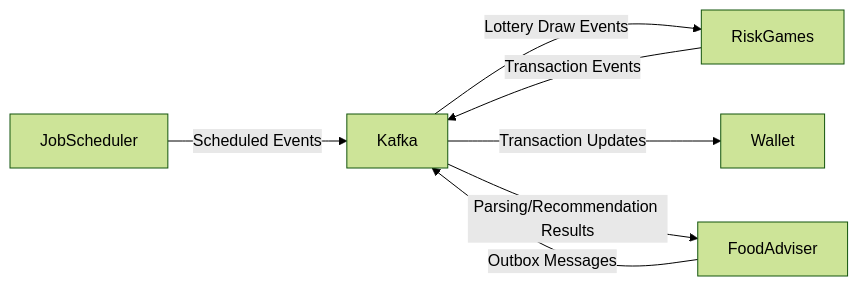
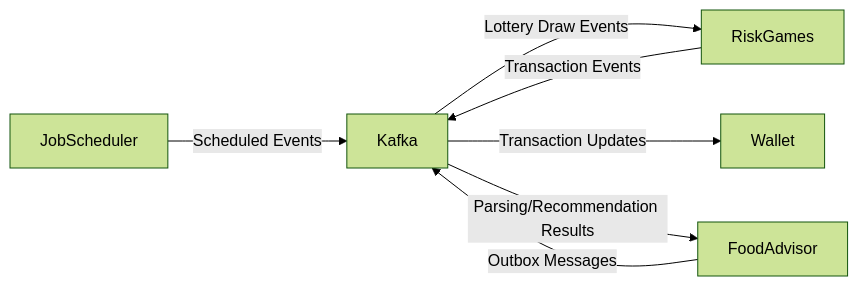
Before and after one commit to SelDanilEv/Defender.MonoRepo: the fourth of 5 diagrams in docs/PROJECT-OVERVIEW.md, drawn with Mermaid (forest theme). The commit also changed other lines of this file and 365 other files, not shown here.

Commit message:
Rename Adviser to Advisor across repository

````diff
--- a/docs/PROJECT-OVERVIEW.md
+++ b/docs/PROJECT-OVERVIEW.md
@@ -314,9 +314,9 @@
 ```mermaid
 graph LR
     JobScheduler -->|"Scheduled Events"| Kafka["Kafka"]
     Kafka -->|"Lottery Draw Events"| RiskGames
     RiskGames -->|"Transaction Events"| Kafka
     Kafka -->|"Transaction Updates"| Wallet
-    FoodAdviser -->|"Outbox Messages"| Kafka
-    Kafka -->|"Parsing/Recommendation Results"| FoodAdviser
+    FoodAdvisor -->|"Outbox Messages"| Kafka
+    Kafka -->|"Parsing/Recommendation Results"| FoodAdvisor
 ```
````
